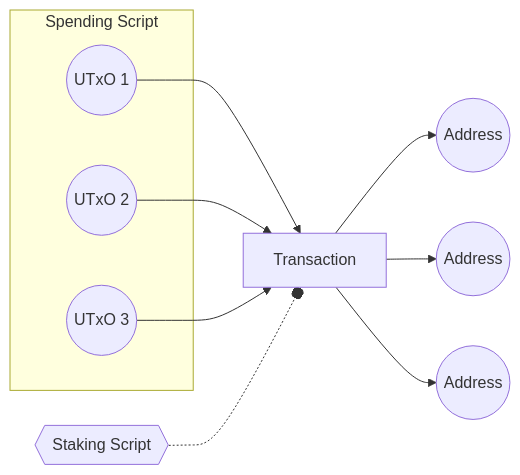
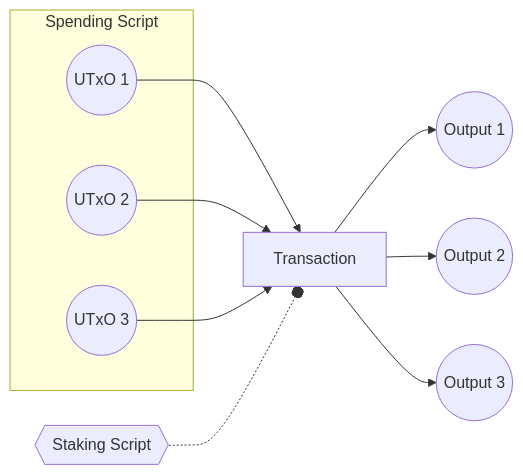
The third of 4 diagrams in STAKE-VALIDATOR.md (Anastasia-Labs/design-patterns), drawn with Mermaid before and after one commit. The commit also changed other lines of this file, not shown here.

````diff
--- a/STAKE-VALIDATOR.md
+++ b/STAKE-VALIDATOR.md
@@ -109,16 +109,16 @@
 ```mermaid
 graph LR
     TX[ Transaction ]
     subgraph Spending Script
     S1((UTxO 1))
     S2((UTxO 2))
     S3((UTxO 3))
     end
     S1 --> TX
     S2 --> TX
     S3 --> TX
     ST{{Staking Script}} -.-o TX
-    TX --> A1((Address))
-    TX --> A2((Address))
-    TX --> A3((Address))
+    TX --> A1((Output 1))
+    TX --> A2((Output 2))
+    TX --> A3((Output 3))
 ```
````
